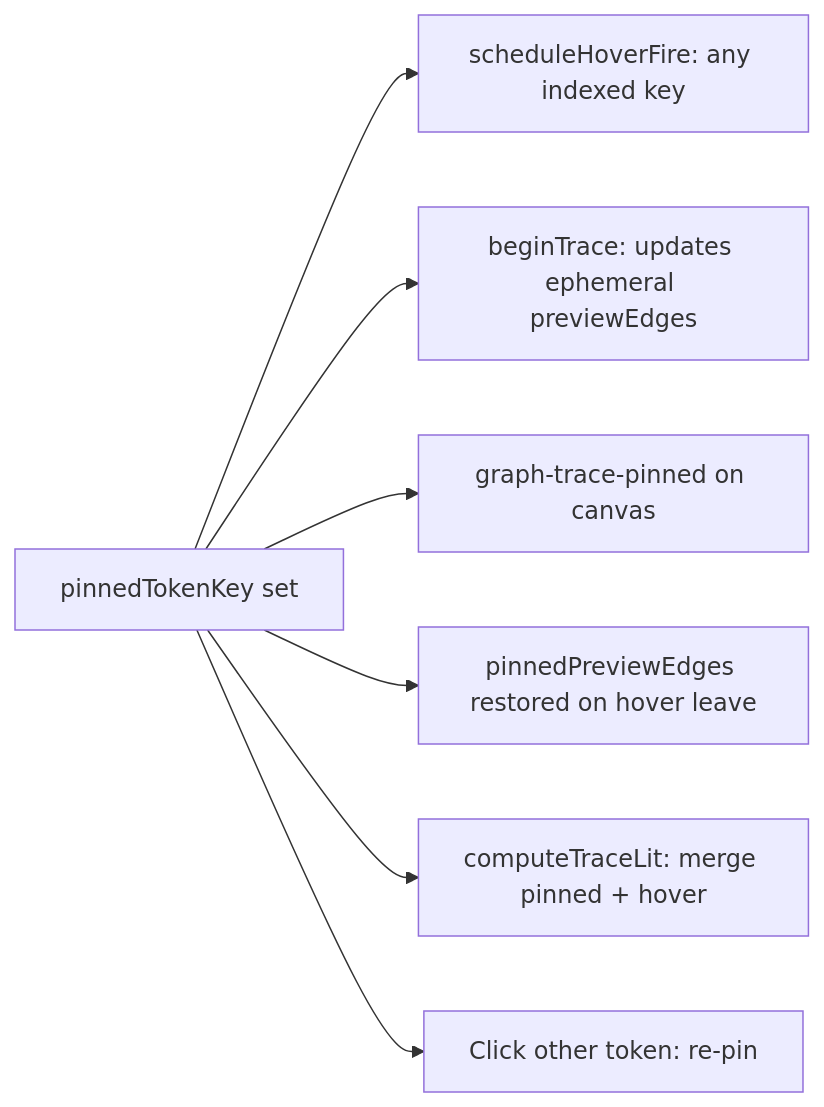
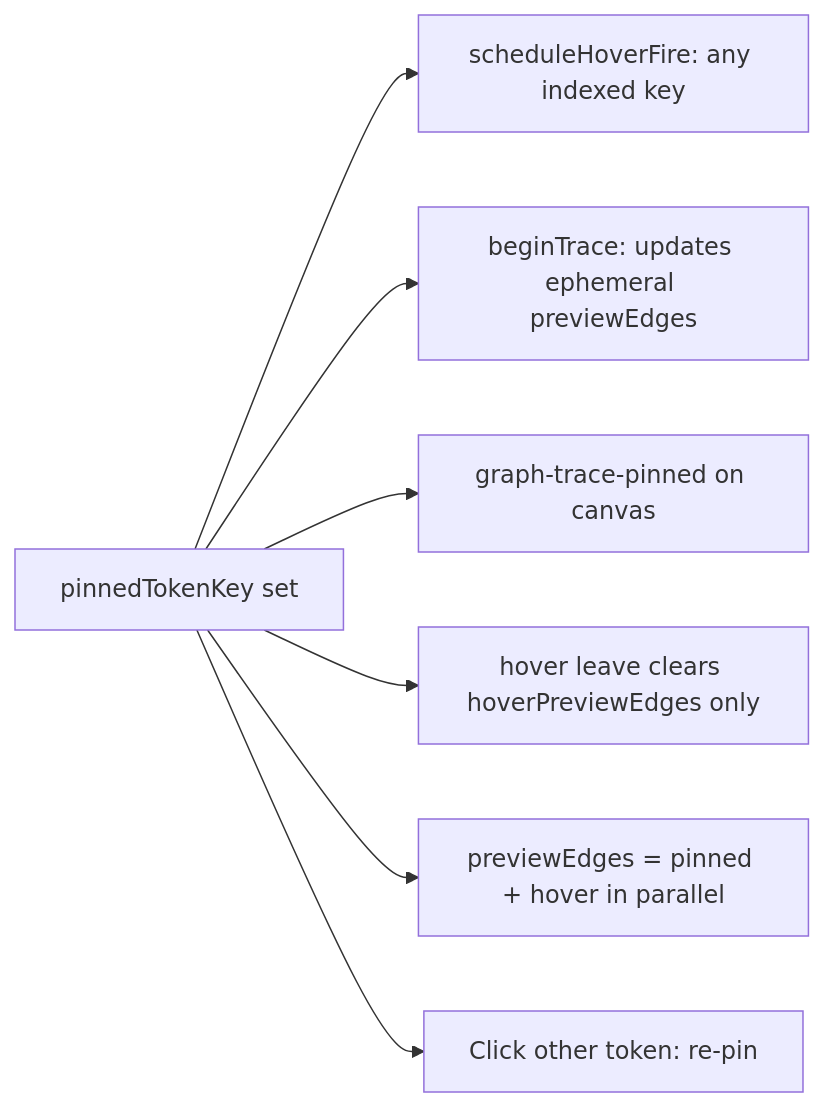
One commit to matkleve/codegrapher changed the seventh of 10 diagrams in docs/specs/system/preview-edges.interactions.supplement.md. Above: the diagram before and after it, drawn with Mermaid. The commit also changed other lines of this file and 14 other files, not shown here.

````diff
--- a/docs/specs/system/preview-edges.interactions.supplement.md
+++ b/docs/specs/system/preview-edges.interactions.supplement.md
@@ -182,9 +182,9 @@
 ```mermaid
 flowchart LR
   Pin[pinnedTokenKey set] --> G1[scheduleHoverFire: any indexed key]
   Pin --> G2[beginTrace: updates ephemeral previewEdges]
   Pin --> G3[graph-trace-pinned on canvas]
-  Pin --> G4[pinnedPreviewEdges restored on hover leave]
-  Pin --> G5[computeTraceLit: merge pinned + hover]
+  Pin --> G4[hover leave clears hoverPreviewEdges only]
+  Pin --> G5[previewEdges = pinned + hover in parallel]
   Pin --> OK[Click other token: re-pin]
 ```
````
